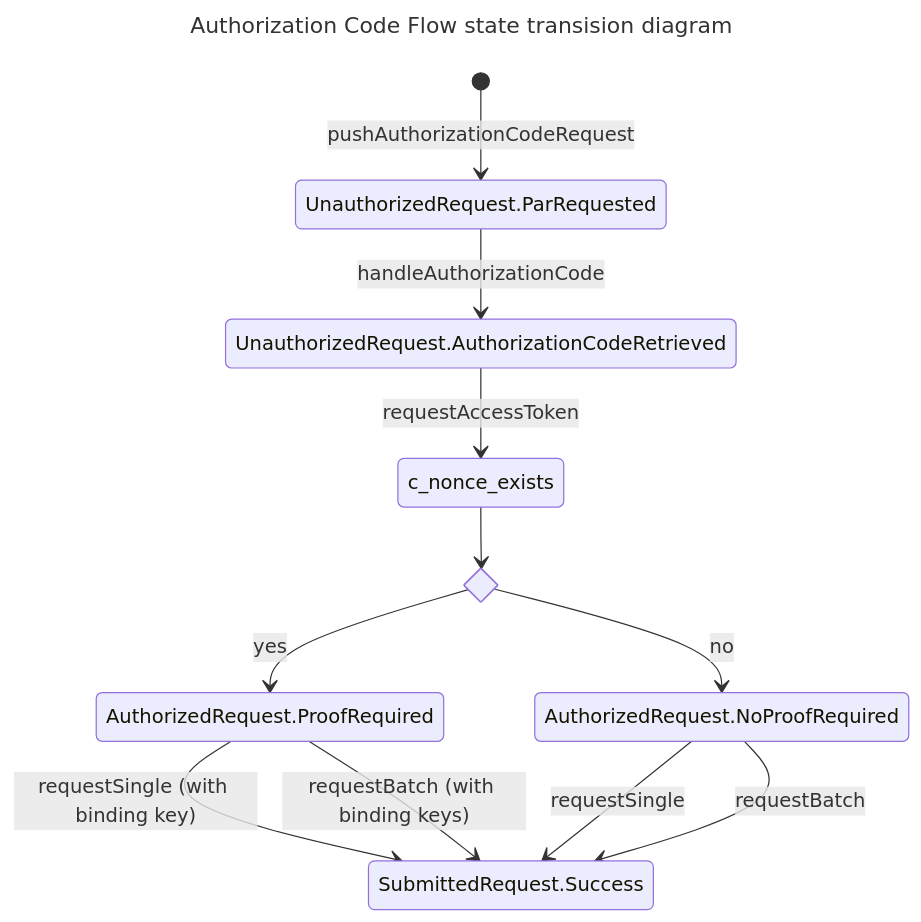
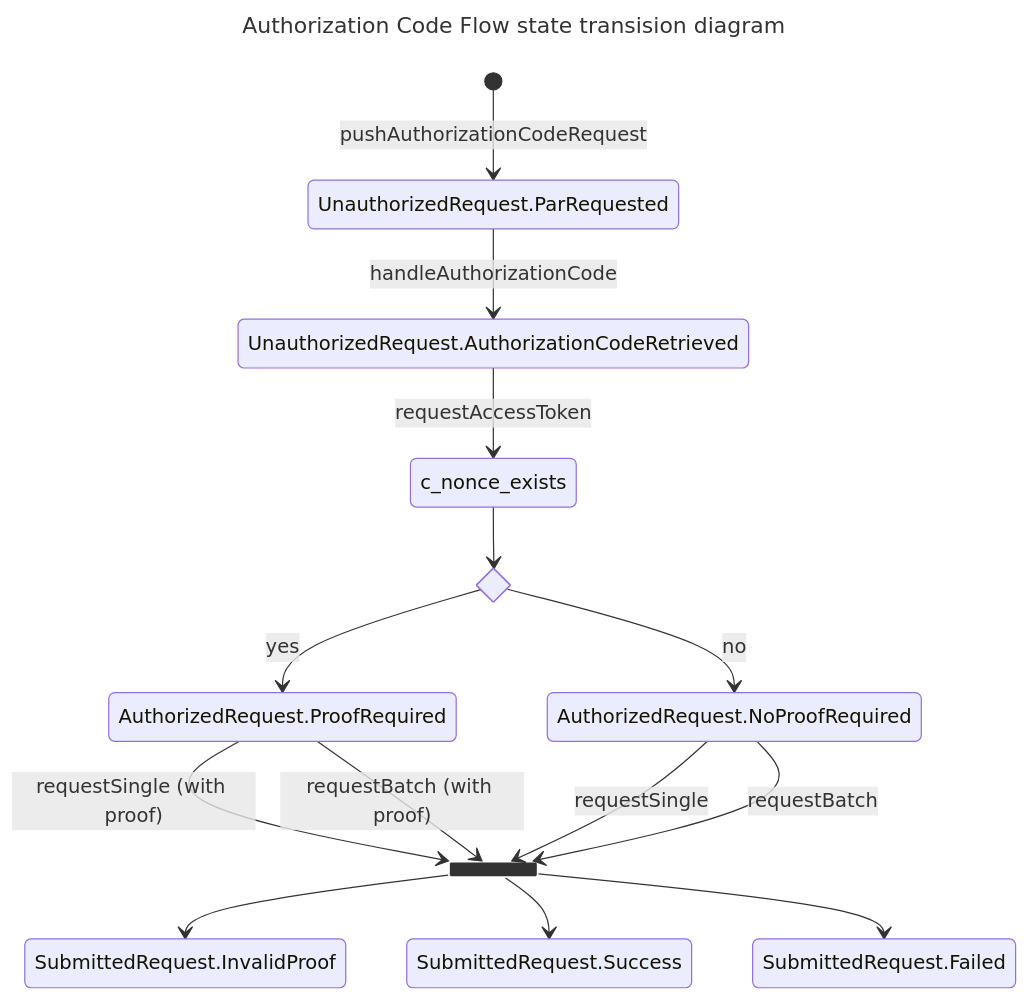
The first of 2 diagrams in README.md (eu-digital-identity-wallet/eudi-lib-jvm-openid4vci-kt), drawn with Mermaid before and after one commit. The commit also changed other lines of this file and 3 other files, not shown here.

````diff
--- a/README.md
+++ b/README.md
@@ -110,17 +106,22 @@
 ```mermaid 
 ---
 title: Authorization Code Flow state transision diagram
 ---
 stateDiagram-v2 
     state c_nonce_returned <<choice>>    
+    state join_state <<join>>
     [*] --> UnauthorizedRequest.ParRequested: pushAuthorizationCodeRequest
     UnauthorizedRequest.ParRequested --> UnauthorizedRequest.AuthorizationCodeRetrieved: handleAuthorizationCode
     UnauthorizedRequest.AuthorizationCodeRetrieved --> c_nonce_exists: requestAccessToken
     c_nonce_exists --> c_nonce_returned 
+    c_nonce_returned --> AuthorizedRequest.ProofRequired : yes
     c_nonce_returned --> AuthorizedRequest.NoProofRequired : no
-    c_nonce_returned --> AuthorizedRequest.ProofRequired : yes
-    AuthorizedRequest.ProofRequired --> SubmittedRequest.Success: requestSingle (with binding key)
-    AuthorizedRequest.ProofRequired --> SubmittedRequest.Success: requestBatch (with binding keys)
-    AuthorizedRequest.NoProofRequired --> SubmittedRequest.Success: requestSingle
-    AuthorizedRequest.NoProofRequired --> SubmittedRequest.Success: requestBatch
+    AuthorizedRequest.ProofRequired --> join_state: requestSingle (with proof)
+    AuthorizedRequest.ProofRequired --> join_state: requestBatch (with proof)
+    AuthorizedRequest.NoProofRequired --> join_state: requestSingle
+    AuthorizedRequest.NoProofRequired --> join_state: requestBatch
+    join_state --> SubmittedRequest.InvalidProof
+    join_state --> SubmittedRequest.Success
+    join_state --> SubmittedRequest.Failed
+    
 ```
````
